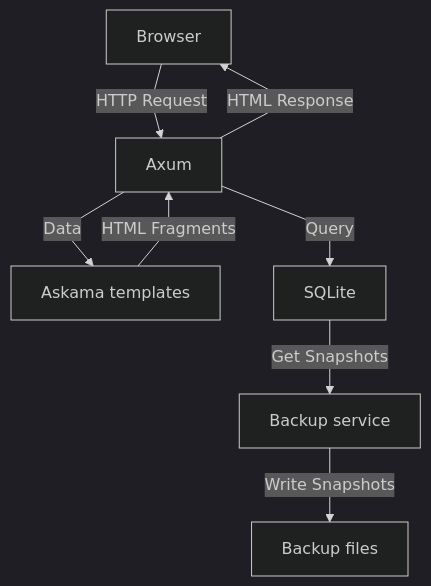
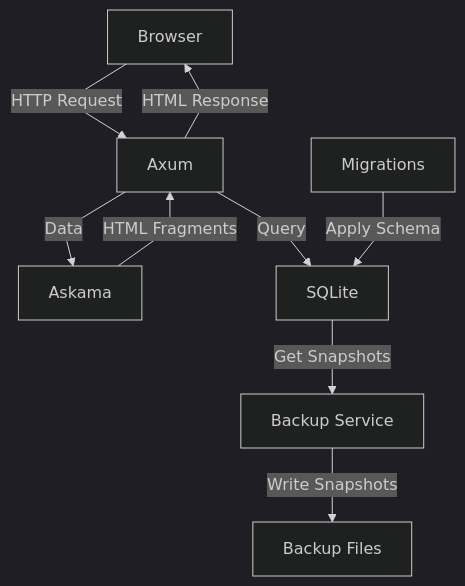
The diagram in README.md (justpranavrs/filebase), drawn with Mermaid (dark theme) before and after one commit. The commit also changed other lines of this file and 30 other files, not shown here.

````diff
--- a/README.md
+++ b/README.md
@@ -21,15 +22,16 @@
 ```mermaid
 ---
 config:
   flowchart:
     curve: linear
 ---
 flowchart TB
     B[Browser] -->|HTTP Request| A[Axum]
     A -->|HTML Response| B
-    A -->|Data| T[Askama templates]
+    A -->|Data| T[Askama]
     T -->|HTML Fragments| A
     A -->|Query| D[SQLite]
-    D -->|Get Snapshots| S[Backup service]
-    S -->|Write Snapshots| F[Backup files]
+    M[Migrations] -->|Apply Schema| D
+    D -->|Get Snapshots| S[Backup Service]
+    S -->|Write Snapshots| F[Backup Files]
 ```
````
